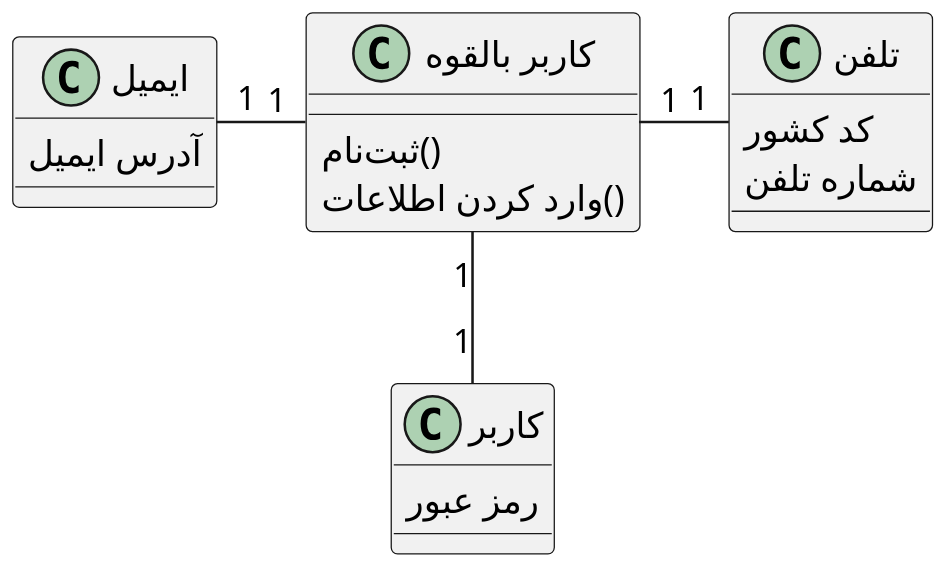
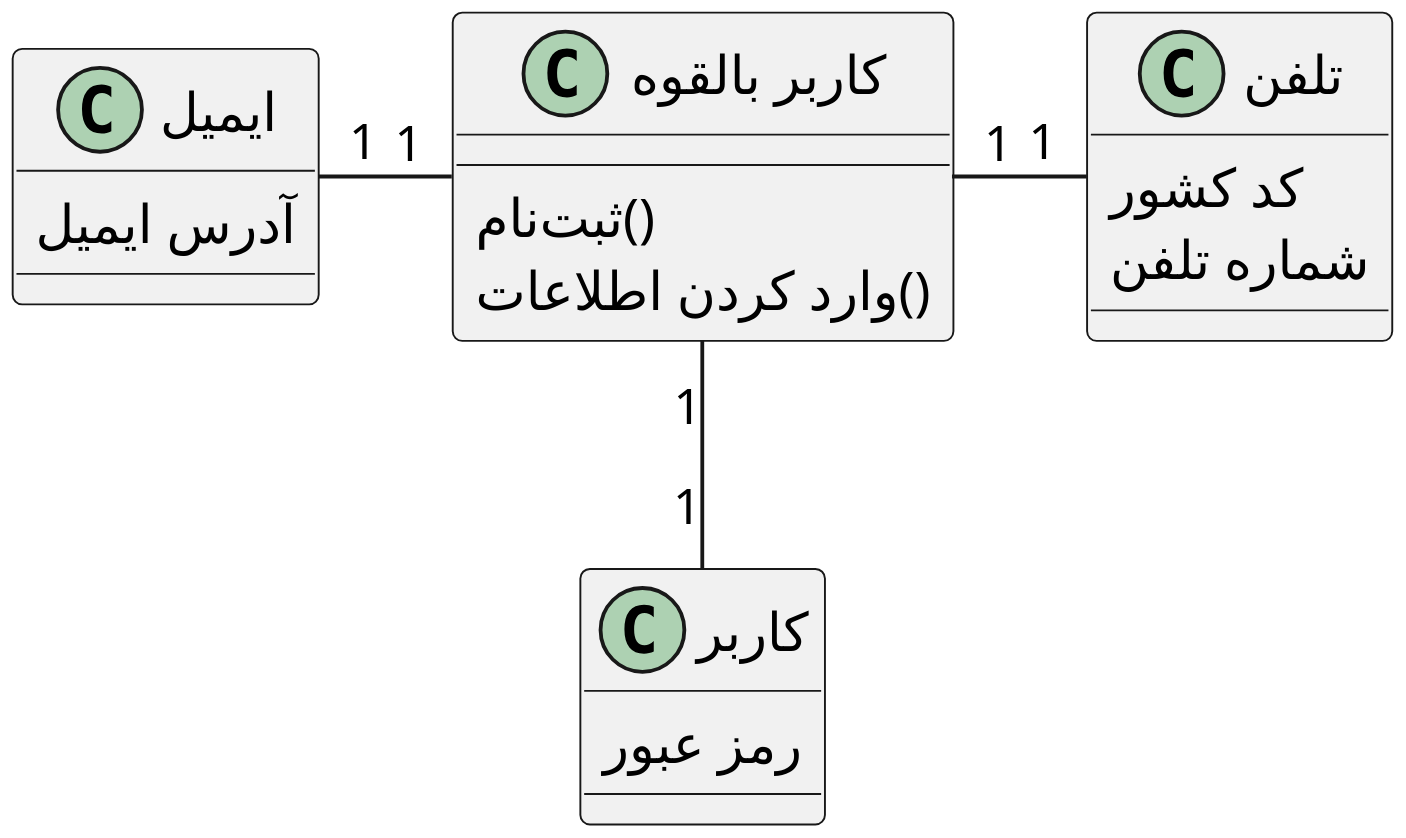
One commit to soleyman79/Qasedak changed the diagram in Diagrams/Class/Signup.puml. Above: the diagram before and after it, drawn with PlantUML.

Commit message:
Big scale

```diff
--- a/Diagrams/Class/Signup.puml
+++ b/Diagrams/Class/Signup.puml
@@ -1,29 +1,29 @@
 @startuml signup
 
-scale 2
+scale 3
 skinparam DefaultFontName B Nazanin
 
 
 class "کاربر بالقوه" as potential_user {
     ثبت‌نام()
     وارد کردن اطلاعات()
 }
 
 class "ایمیل" as address {
     آدرس ایمیل
 }
 
 class "تلفن" as phone {
     کد کشور
     شماره تلفن
 }
 
 class "کاربر" as user {
     رمز عبور
 }
 
 potential_user "1" -left- "1" address
 potential_user "1" -right- "1" phone
 potential_user "1" -down- "1" user
 
 @enduml
```
